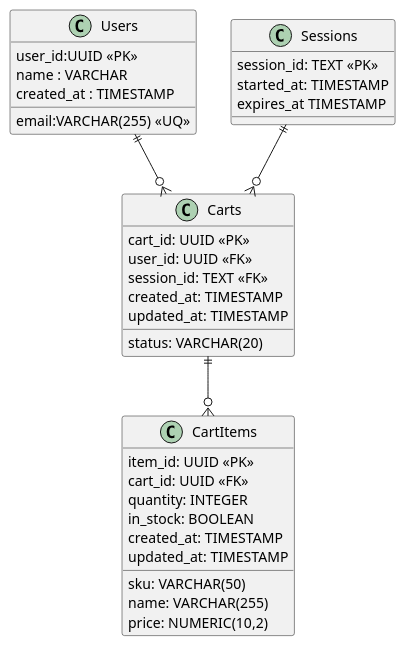
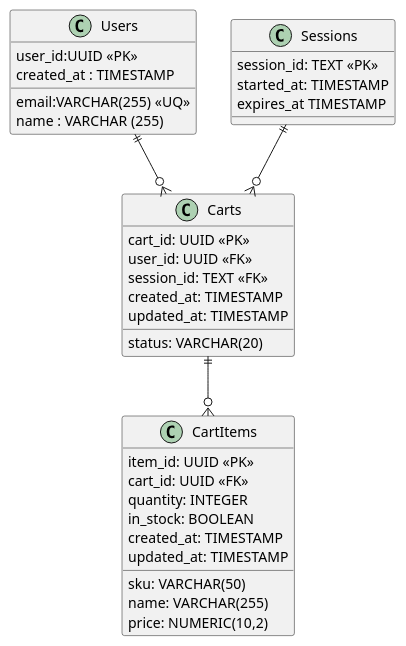
One commit to a-dobritsa/spareparts_for_everyone changed the diagram in cart-db-design/relation-model.puml. Above: the diagram before and after it, drawn with PlantUML.

Commit message:
Исправлены опечатки

```diff
--- a/cart-db-design/relation-model.puml
+++ b/cart-db-design/relation-model.puml
@@ -1,45 +1,45 @@
 @startuml
 
 class Users {
     user_id:UUID <<PK>> 
     email:VARCHAR(255) <<UQ>> 
-    name : VARCHAR
+    name : VARCHAR (255)
     created_at : TIMESTAMP    
 }
 
 
 class Sessions {
     session_id: TEXT <<PK>>
     started_at: TIMESTAMP
     expires_at TIMESTAMP
 }
 
 
 class Carts {
     cart_id: UUID <<PK>>
     user_id: UUID <<FK>>
     session_id: TEXT <<FK>>
     created_at: TIMESTAMP
     updated_at: TIMESTAMP
     status: VARCHAR(20)
 }
 
 
 class CartItems {
     item_id: UUID <<PK>>
     cart_id: UUID <<FK>>
     sku: VARCHAR(50)
     name: VARCHAR(255)
     quantity: INTEGER
     price: NUMERIC(10,2)
     in_stock: BOOLEAN
     created_at: TIMESTAMP
     updated_at: TIMESTAMP
 }
 
 
 Users ||--o{ Carts
 Sessions ||--o{ Carts
 Carts ||--o{ CartItems
 
 @enduml
```
